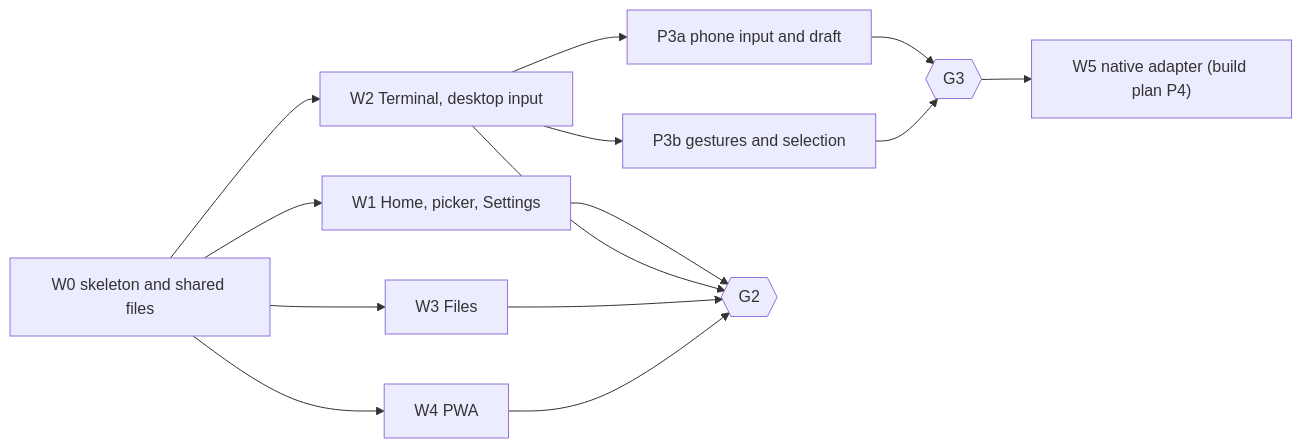
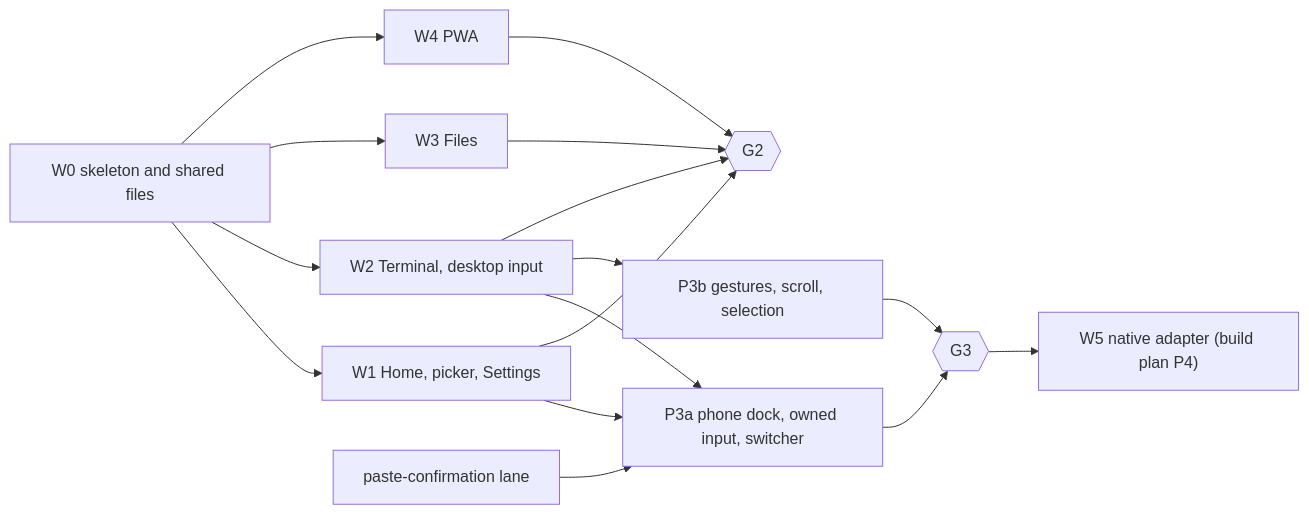
Before and after one commit to haowjy/tether: the fourth of 4 diagrams in .meridian/work/tether-mvp/design/client-architecture.md, drawn with Mermaid. The commit also changed other lines of this file and 60 other files, not shown here.

First line of the commit message:
Design the phone dock and retire the keyboard spike

````diff
--- a/.meridian/work/tether-mvp/design/client-architecture.md
+++ b/.meridian/work/tether-mvp/design/client-architecture.md
@@ -1518,16 +1662,18 @@
 ```mermaid
 flowchart LR
   W0["W0 skeleton and shared files"] --> W1[W1 Home, picker, Settings]
   W0 --> W2[W2 Terminal, desktop input]
   W0 --> W3[W3 Files]
   W0 --> W4[W4 PWA]
-  W2 --> P3a[P3a phone input and draft]
-  W2 --> P3b[P3b gestures and selection]
+  W2 --> P3a[P3a phone dock, owned input, switcher]
+  W1 --> P3a
+  PC[paste-confirmation lane] --> P3a
+  W2 --> P3b[P3b gestures, scroll, selection]
   W1 --> G2{{G2}}
   W2 --> G2
   W3 --> G2
   W4 --> G2
   P3a --> G3{{G3}}
   P3b --> G3
   G3 --> W5["W5 native adapter (build plan P4)"]
 ```
````
